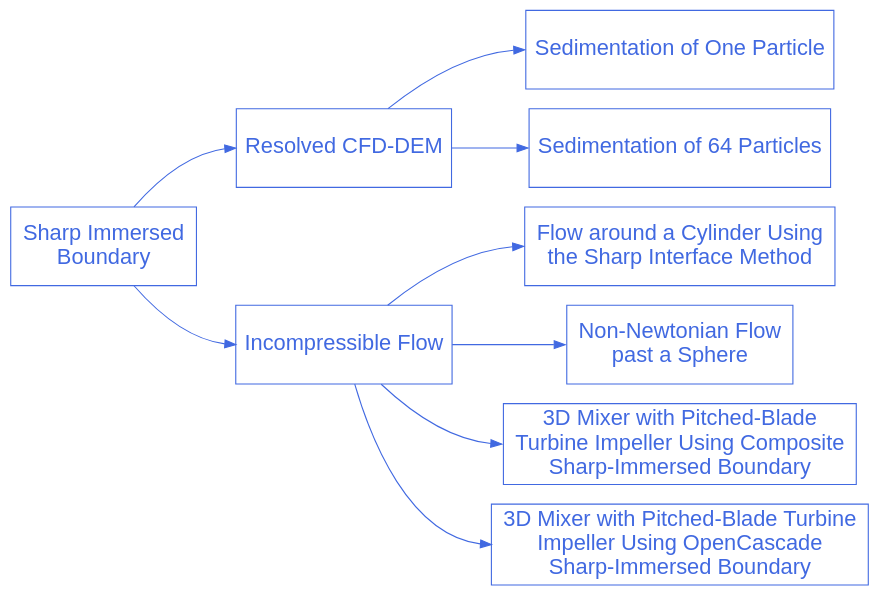
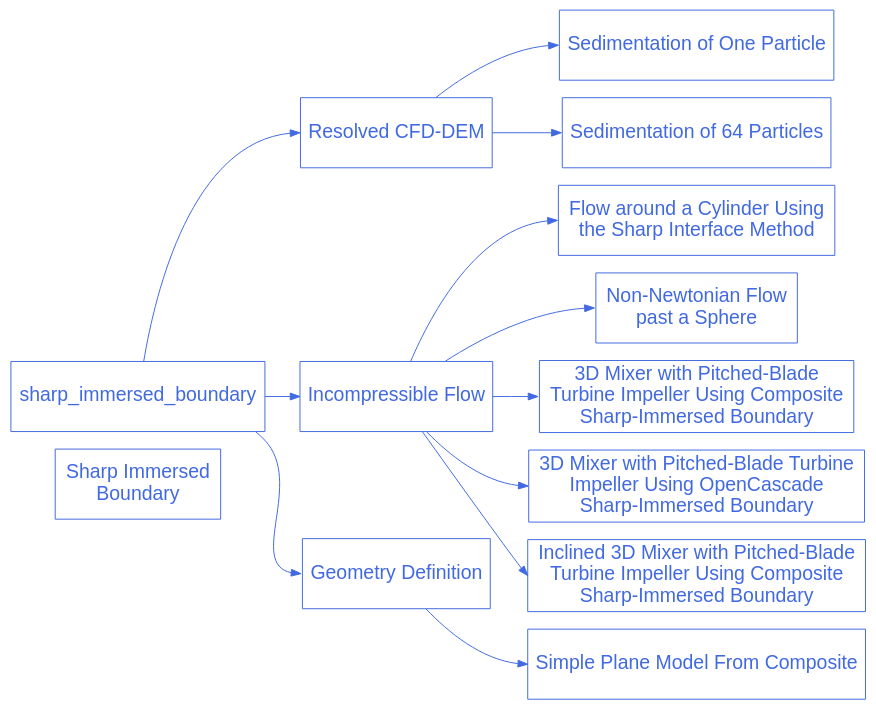
Before and after one commit to chaos-polymtl/lethe: the diagram in doc/source/examples/sharp-immersed-boundary/sharp-immersed-boundary.rst, drawn with Graphviz. The commit also changed other lines of this file and 19 other files, not shown here.

```diff
--- a/doc/source/examples/sharp-immersed-boundary/sharp-immersed-boundary.rst
+++ b/doc/source/examples/sharp-immersed-boundary/sharp-immersed-boundary.rst
@@ -13,37 +14,46 @@
 .. graphviz:: 
 
     digraph sharp_diagram {
       graph [bgcolor="transparent", align=true];
       node [fontname=Arial, fontsize=20, shape=box, fontcolor=royalblue, color=royalblue, height=1];
       edge [color=royalblue];
       rankdir="LR";
       size = "9,9";
       
       sharp_immersed_boundary_solver [label="Sharp Immersed \nBoundary", href="https://lethe-cfd.github.io/lethe/examples/sharp-immersed-boundary/sharp-immersed-boundary.html"];
 
       sharp_1 [label="Resolved CFD-DEM", href="https://lethe-cfd.github.io/lethe/examples/sharp-immersed-boundary/resolved-cfd-dem.html"];
 
       sharp_1_1 [label="Sedimentation of One Particle", href="https://lethe-cfd.github.io/lethe/examples/sharp-immersed-boundary/sedimentation-1-particle/sedimentation-1-particle.html"];
 
       sharp_1_2 [label="Sedimentation of 64 Particles", href="https://lethe-cfd.github.io/lethe/examples/sharp-immersed-boundary/sedimentation-64-particles/sedimentation-64-particles.html"];
 
       sharp_2 [label="Incompressible Flow", href="https://lethe-cfd.github.io/lethe/examples/sharp-immersed-boundary/incompressible-flow.html"];
 
       sharp_2_1 [label="Flow around a Cylinder Using \nthe Sharp Interface Method", href="https://lethe-cfd.github.io/lethe/examples/sharp-immersed-boundary/cylinder-with-sharp-interface/cylinder-with-sharp-interface.html", tooltip="Flow around a cylinder using the sharp interface method"];
 
       sharp_2_2 [label="Non-Newtonian Flow \npast a Sphere", href="https://lethe-cfd.github.io/lethe/examples/sharp-immersed-boundary/sphere-carreau-with-sharp-interface/sphere-carreau-with-sharp-interface.html", tooltip="Non-Newtonian flow past a sphere"];
 
       sharp_2_3 [label="3D Mixer with Pitched-Blade \nTurbine Impeller Using Composite \nSharp-Immersed Boundary", href="https://lethe-cfd.github.io/lethe/examples/sharp-immersed-boundary/3d-composite-mixer-with-pbt-impeller/3d-composite-mixer-with-pbt-impeller.html", tooltip="3D Mixer with pitched-blade turbine impeller using Composite Sharp-immersed boundary"];
 
       sharp_2_4 [label="3D Mixer with Pitched-Blade Turbine \nImpeller Using OpenCascade \nSharp-Immersed Boundary", href="https://lethe-cfd.github.io/lethe/examples/sharp-immersed-boundary/3d-opencascade-mixer-with-pbt-impeller/3d-opencascade-mixer-with-pbt-impeller.html", tooltip="3D Mixer with pitched-blade turbine impeller using OpenCascade Sharp-immersed boundary"];
+      
+      sharp_2_5 [label="Inclined 3D Mixer with Pitched-Blade \nTurbine Impeller Using Composite \nSharp-Immersed Boundary", href="https://lethe-cfd.github.io/lethe/examples/sharp-immersed-boundary/inclined-3d-composite-mixer-with-pbt-impeller/inclined-3d-composite-mixer-with-pbt-impeller.html", tooltip="Inclined 3D mixer with pitched-blade turbine impeller using composite sharp-immersed boundary"];
+      
+      sharp_3 [label="Geometry Definition", href="https://lethe-cfd.github.io/lethe/examples/sharp-immersed-boundary/geometry-definition.html"];
+      
+      sharp_3_1 [label="Simple Plane Model From Composite", href="https://lethe-cfd.github.io/lethe/examples/sharp-immersed-boundary/sharp-immersed-boundary/simple-plane-model-from-composite.html", tooltip="Simple Plane Model From Composite"];
 
-      sharp_immersed_boundary_solver -> sharp_1:w;
-      sharp_immersed_boundary_solver -> sharp_2:w;
+      sharp_immersed_boundary -> sharp_1:w;
+      sharp_immersed_boundary -> sharp_2:w;
+      sharp_immersed_boundary -> sharp_3:w;
 
       sharp_1 -> sharp_1_1:w;
       sharp_1 -> sharp_1_2:w;
       sharp_2 -> sharp_2_1:w;
       sharp_2 -> sharp_2_2:w;
       sharp_2 -> sharp_2_3:w;
       sharp_2 -> sharp_2_4:w;
+      sharp_2 -> sharp_2_5:w;
+      sharp_3 -> sharp_3_1:w;
     }
```
